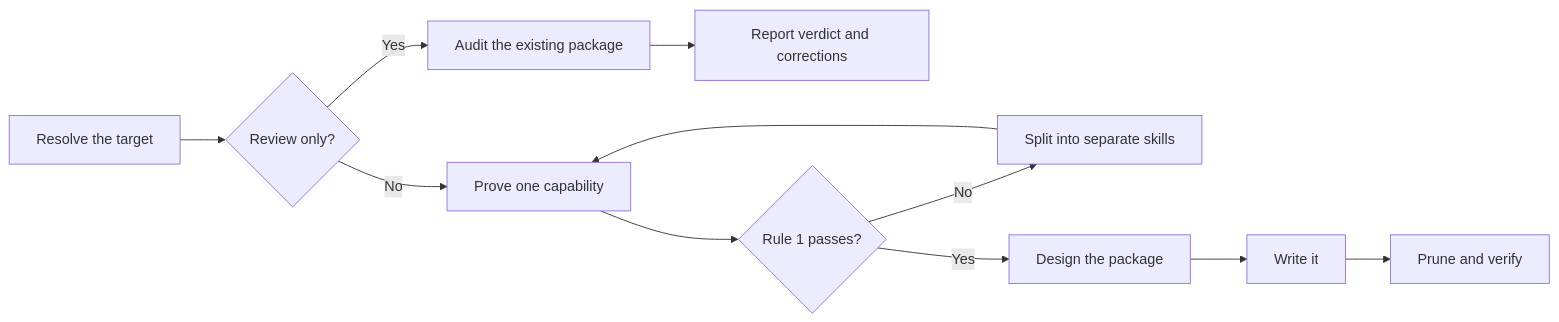
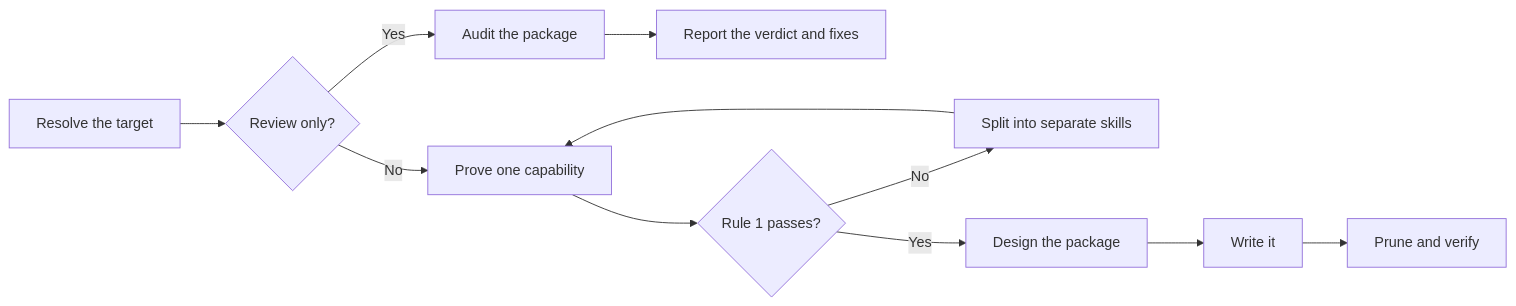
One commit to fam-tung-lam/ptlam-agent-plugin changed the diagram in plugin/skills/ptlam-creating-skill/SKILL.md. Above: the diagram before and after it, drawn with Mermaid. The commit also changed other lines of this file and 1734 other files, not shown here.

````diff
--- a/plugin/skills/ptlam-creating-skill/SKILL.md
+++ b/plugin/skills/ptlam-creating-skill/SKILL.md
@@ -20,13 +20,13 @@
 ```mermaid
 flowchart LR
     ResolveTarget["Resolve the target"] --> ReviewOnly{"Review only?"}
-    ReviewOnly -->|"Yes"| AuditPackage["Audit the existing package"]
-    AuditPackage --> ReportVerdict["Report verdict and corrections"]
+    ReviewOnly -->|"Yes"| AuditPackage["Audit the package"]
+    AuditPackage --> ReportVerdict["Report the verdict and fixes"]
     ReviewOnly -->|"No"| ProveCapability["Prove one capability"]
     ProveCapability --> RuleOneCheck{"Rule 1 passes?"}
     RuleOneCheck -->|"No"| SplitSkills["Split into separate skills"]
     SplitSkills --> ProveCapability
     RuleOneCheck -->|"Yes"| DesignPackage["Design the package"]
     DesignPackage --> WritePackage["Write it"]
     WritePackage --> PruneAndVerify["Prune and verify"]
 ```
````
